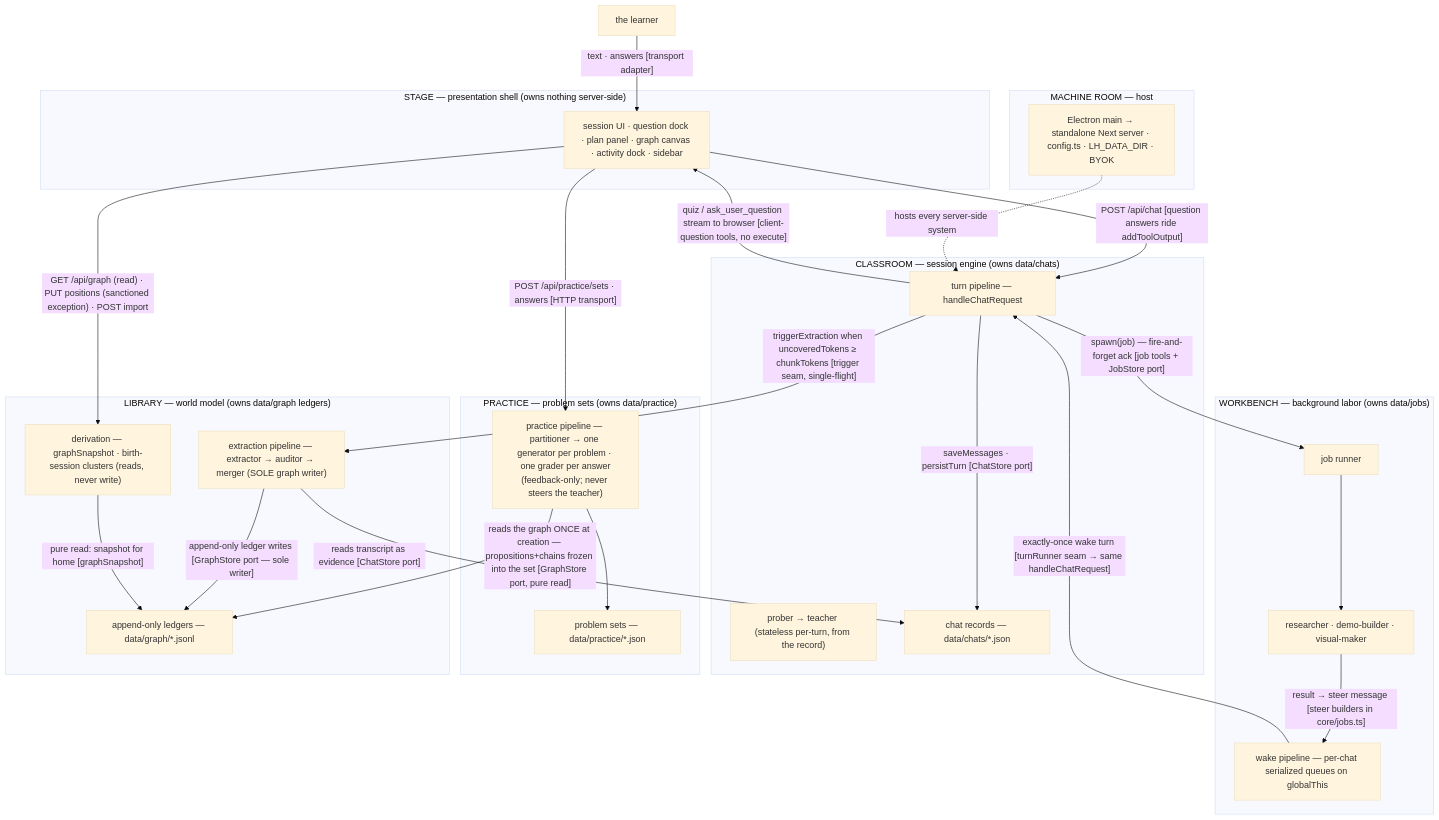
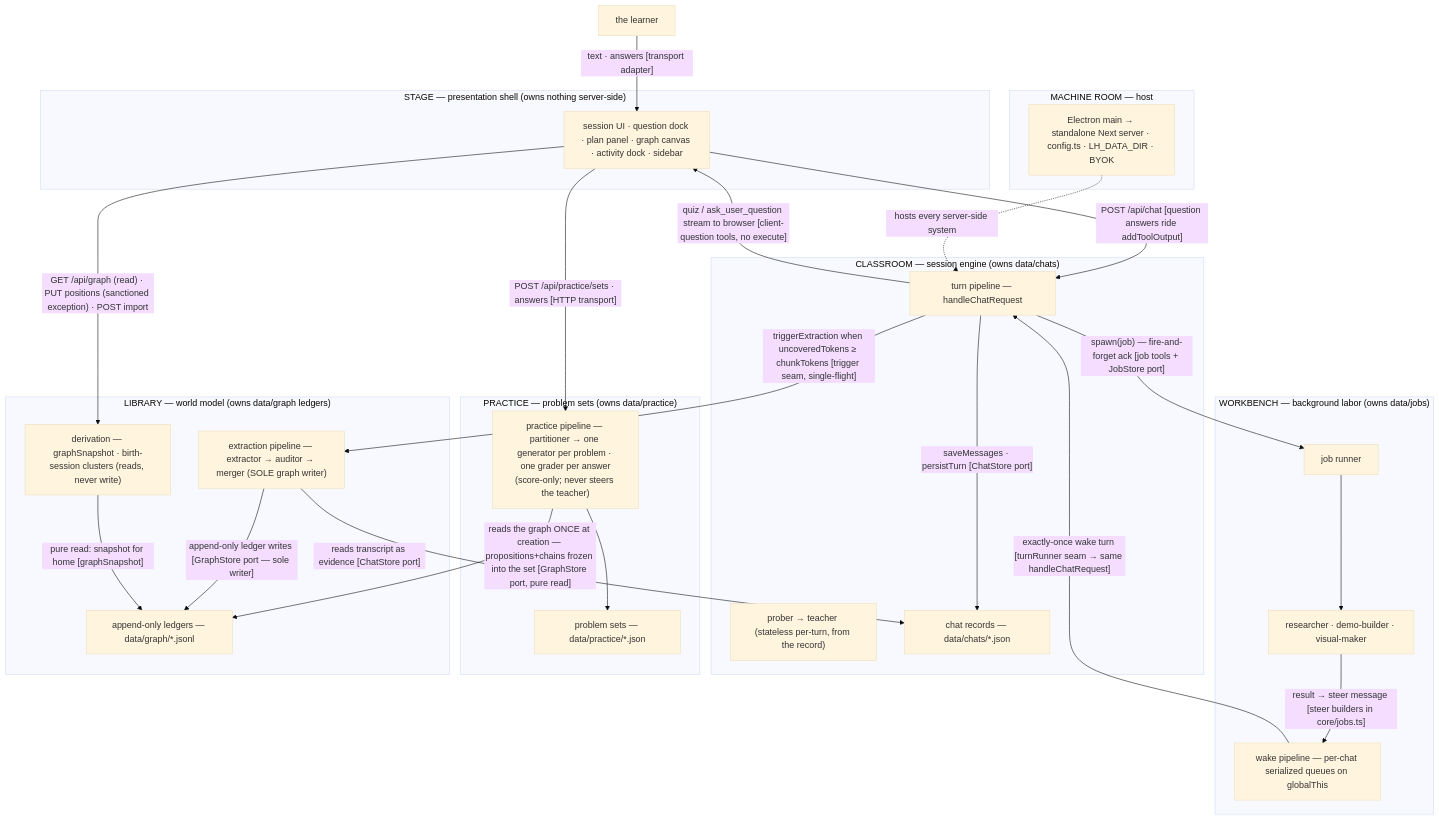
The third of 7 diagrams in docs/architecture.md (0xCUB3/learnharness), drawn with Mermaid (base theme) before and after one commit. The commit also changed other lines of this file and 13 other files, not shown here.

Commit message:
practice UI round — top bars + sidebar reopen, one-attempt per-problem submit with instant reveal, score-only grading (owner 2026-09-29)

````diff
--- a/docs/architecture.md
+++ b/docs/architecture.md
@@ -216,53 +216,53 @@
 ```mermaid
 flowchart TB
     LEARNER["the learner"]
 
     subgraph STAGE["STAGE — presentation shell (owns nothing server-side)"]
         UI["session UI · question dock · plan panel · graph canvas · activity dock · sidebar"]
     end
 
     subgraph CLASSROOM["CLASSROOM — session engine (owns data/chats)"]
         TURN["turn pipeline — handleChatRequest"]
         AGENTS["prober → teacher (stateless per-turn, from the record)"]
         CHATDATA["chat records — data/chats/*.json"]
     end
 
     subgraph WORKBENCH["WORKBENCH — background labor (owns data/jobs)"]
         JOBRUN["job runner"]
         SUBAGENTS["researcher · demo-builder · visual-maker"]
         WAKE["wake pipeline — per-chat serialized queues on globalThis"]
     end
 
     subgraph PRAC["PRACTICE — problem sets (owns data/practice)"]
-        PPART["practice pipeline — partitioner → one generator per problem · one grader per answer<br/>(feedback-only; never steers the teacher)"]
+        PPART["practice pipeline — partitioner → one generator per problem · one grader per answer<br/>(score-only; never steers the teacher)"]
         PDATA["problem sets — data/practice/*.json"]
     end
 
     subgraph LIBRARY["LIBRARY — world model (owns data/graph ledgers)"]
         EXTRACT["extraction pipeline — extractor → auditor → merger (SOLE graph writer)"]
         DERIVE["derivation — graphSnapshot · birth-session clusters (reads, never write)"]
         GRAPHDATA["append-only ledgers — data/graph/*.jsonl"]
     end
 
     subgraph ROOM["MACHINE ROOM — host"]
         HOST["Electron main → standalone Next server · config.ts · LH_DATA_DIR · BYOK"]
     end
 
     LEARNER -->|"text · answers [transport adapter]"| UI
     UI -->|"POST /api/chat [question answers ride addToolOutput]"| TURN
     TURN -->|"quiz / ask_user_question stream to browser [client-question tools, no execute]"| UI
     TURN -->|"saveMessages · persistTurn [ChatStore port]"| CHATDATA
     TURN -->|"spawn(job) — fire-and-forget ack [job tools + JobStore port]"| JOBRUN
     JOBRUN --> SUBAGENTS
     SUBAGENTS -->|"result → steer message [steer builders in core/jobs.ts]"| WAKE
     WAKE -->|"exactly-once wake turn [turnRunner seam → same handleChatRequest]"| TURN
     TURN -->|"triggerExtraction when uncoveredTokens ≥ chunkTokens [trigger seam, single-flight]"| EXTRACT
     EXTRACT -->|"reads transcript as evidence [ChatStore port]"| CHATDATA
     EXTRACT -->|"append-only ledger writes [GraphStore port — sole writer]"| GRAPHDATA
     DERIVE -->|"pure read: snapshot for home [graphSnapshot]"| GRAPHDATA
     UI -->|"POST /api/practice/sets · answers [HTTP transport]"| PPART
     PPART -->|"reads the graph ONCE at creation — propositions+chains frozen into the set [GraphStore port, pure read]"| GRAPHDATA
     PPART --> PDATA
     UI -->|"GET /api/graph (read) · PUT positions (sanctioned exception) · POST import"| DERIVE
     HOST -.->|"hosts every server-side system"| TURN
 ```
````
